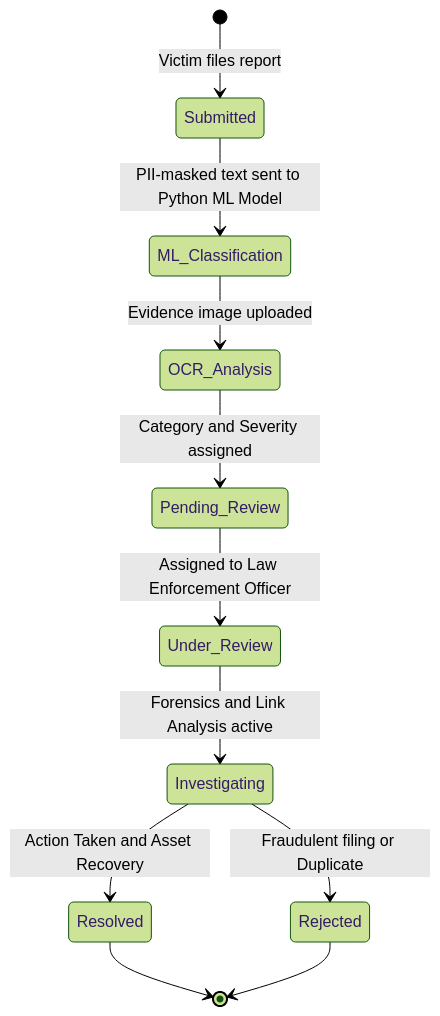
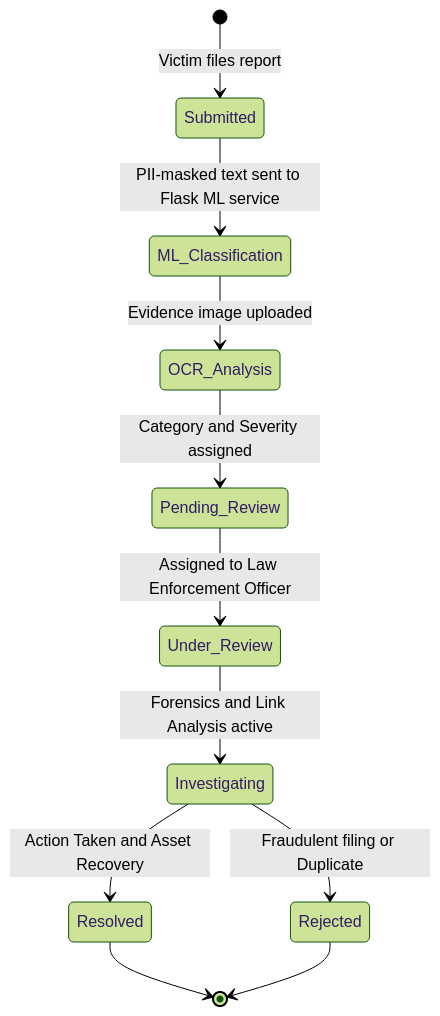
Before and after one commit to mohithkotian/CyberGuard_App: the fourth of 4 diagrams in README.md, drawn with Mermaid (forest theme). The commit also changed other lines of this file and 4 other files, not shown here.

````diff
--- a/README.md
+++ b/README.md
@@ -97,15 +136,15 @@
 ```mermaid
 stateDiagram-v2
     [*] --> Submitted : Victim files report
-    Submitted --> ML_Classification : PII-masked text sent to Python ML Model
+    Submitted --> ML_Classification : PII-masked text sent to Flask ML service
     ML_Classification --> OCR_Analysis : Evidence image uploaded
     OCR_Analysis --> Pending_Review : Category and Severity assigned
 
     Pending_Review --> Under_Review : Assigned to Law Enforcement Officer
     Under_Review --> Investigating : Forensics and Link Analysis active
     Investigating --> Resolved : Action Taken and Asset Recovery
     Investigating --> Rejected : Fraudulent filing or Duplicate
 
     Resolved --> [*]
     Rejected --> [*]
 ```
````
